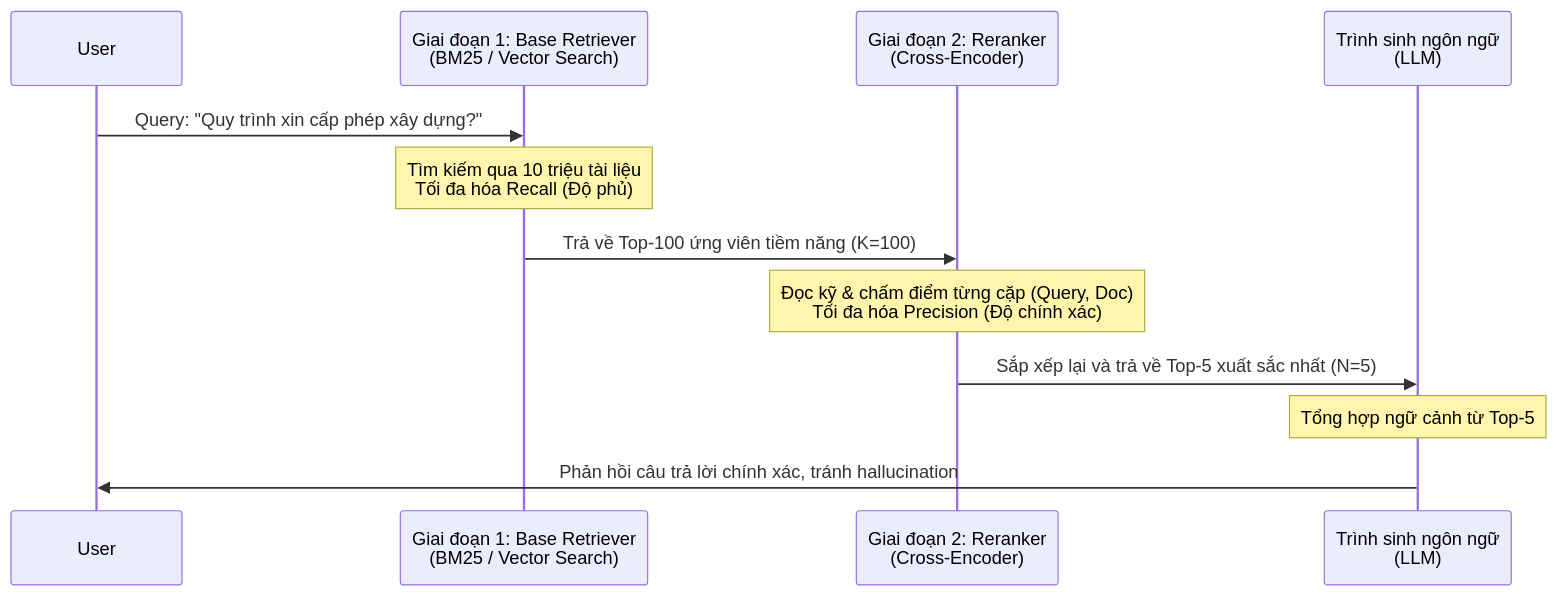
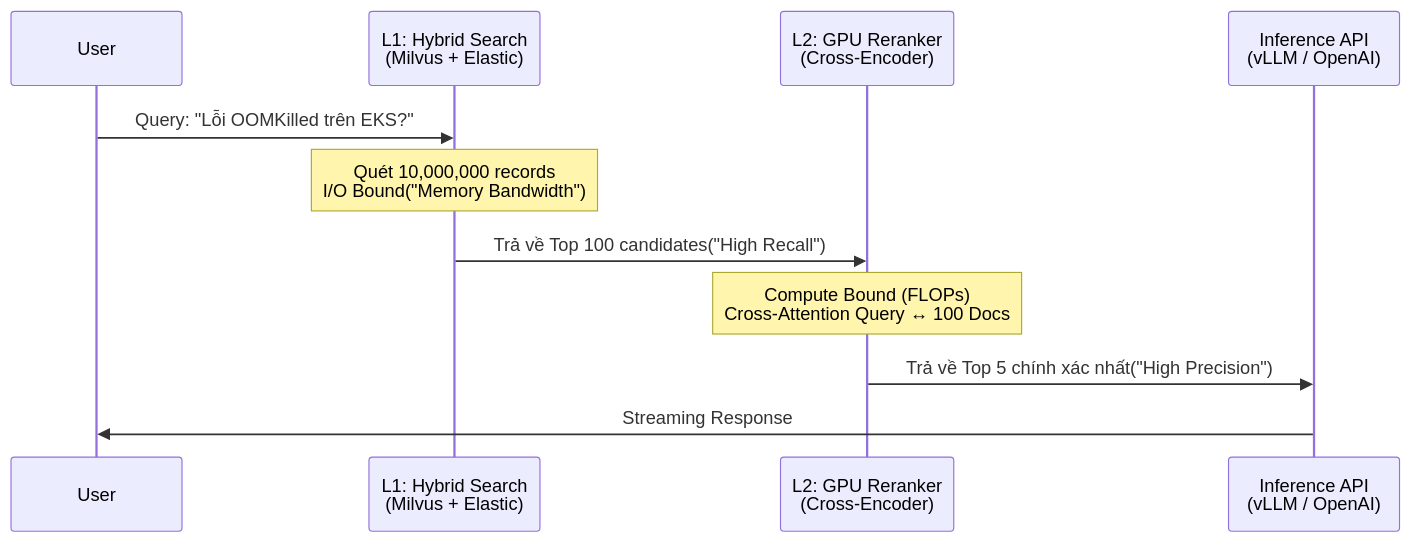
Before and after one commit to kythuatdulieu/kythuatdulieu.github.io: the diagram in src/content/docs/concepts/9-genai-machine-learning/reranker.md, drawn with Mermaid. The commit also changed other lines of this file and 190 other files, not shown here.

Commit message:
fix: resolve mermaid syntax, math rendering, and metadata issues from content rewrite

````diff
--- a/src/content/docs/concepts/9-genai-machine-learning/reranker.md
+++ b/src/content/docs/concepts/9-genai-machine-learning/reranker.md
@@ -72,15 +33,14 @@
 ```mermaid
 sequenceDiagram
     participant User
-    participant Retriever as Giai đoạn 1: Base Retriever<br/>(BM25 / Vector Search)
-    participant Reranker as Giai đoạn 2: Reranker<br/>(Cross-Encoder)
-    participant LLM as Trình sinh ngôn ngữ<br/>(LLM)
+    participant BM25_VectorDB as L1: Hybrid Search<br/>(Milvus + Elastic)
+    participant Reranker as L2: GPU Reranker<br/>(Cross-Encoder)
+    participant LLM as Inference API<br/>(vLLM / OpenAI)
 
-    User->>Retriever: Query: "Quy trình xin cấp phép xây dựng?"
-    Note over Retriever: Tìm kiếm qua 10 triệu tài liệu<br/>Tối đa hóa Recall (Độ phủ)
-    Retriever->>Reranker: Trả về Top-100 ứng viên tiềm năng (K=100)
-    Note over Reranker: Đọc kỹ & chấm điểm từng cặp (Query, Doc)<br/>Tối đa hóa Precision (Độ chính xác)
-    Reranker->>LLM: Sắp xếp lại và trả về Top-5 xuất sắc nhất (N=5)
-    Note over LLM: Tổng hợp ngữ cảnh từ Top-5
-    LLM->>User: Phản hồi câu trả lời chính xác, tránh hallucination
+    User->>BM25_VectorDB: Query: "Lỗi OOMKilled trên EKS?"
+    Note over BM25_VectorDB: Quét 10,000,000 records<br/>I/O Bound("Memory Bandwidth")
+    BM25_VectorDB->>Reranker: Trả về Top 100 candidates("High Recall")
+    Note over Reranker: Compute Bound (FLOPs)<br/>Cross-Attention Query ↔ 100 Docs
+    Reranker->>LLM: Trả về Top 5 chính xác nhất("High Precision")
+    LLM->>User: Streaming Response
 ```
````
